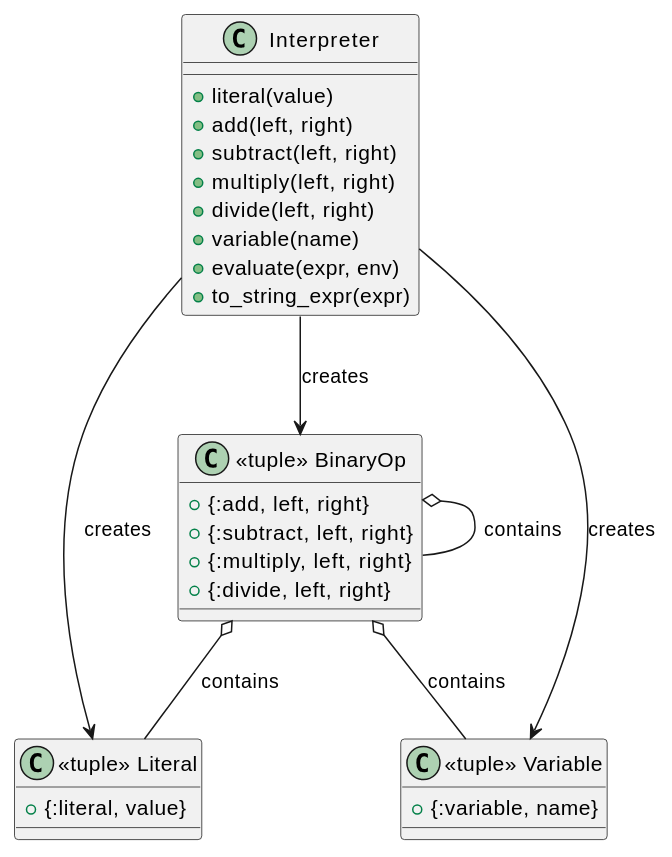
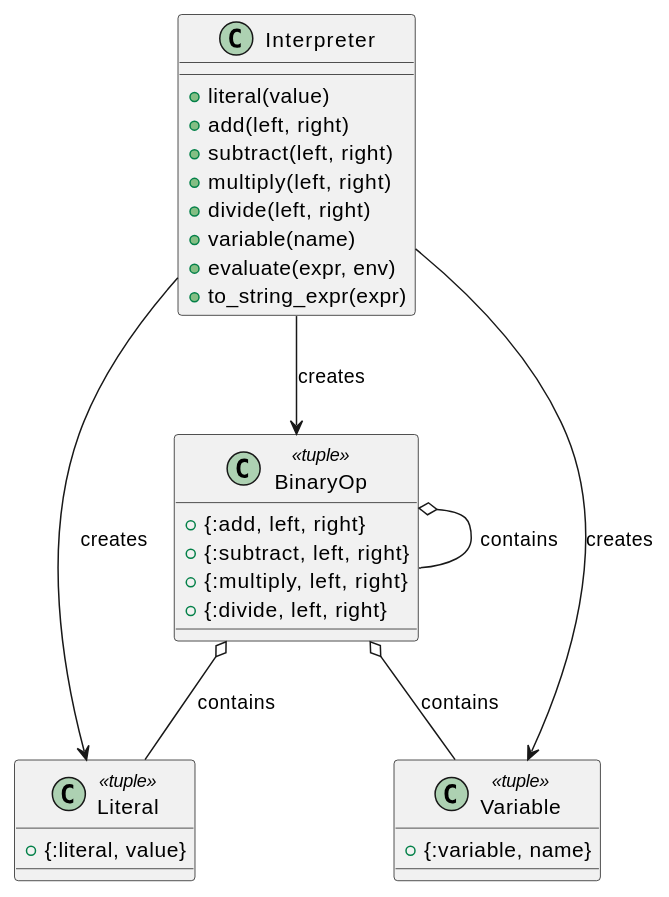
Before and after one commit to k2works/getting-started-design-pattern: the diagram in docs/article/elixir/16-interpreter.md, drawn with PlantUML. The commit also changed 73 other files, not shown here.

Commit message:
docs(article): PlantUML 表記と記事ナビゲーションを整理

````diff
--- a/docs/article/elixir/16-interpreter.md
+++ b/docs/article/elixir/16-interpreter.md
@@ -9,36 +9,36 @@
 ```plantuml
 @startuml
 class "Interpreter" as I {
   + literal(value)
   + add(left, right)
   + subtract(left, right)
   + multiply(left, right)
   + divide(left, right)
   + variable(name)
   + evaluate(expr, env)
   + to_string_expr(expr)
 }
 
-class "<<tuple>> Literal" as L {
+class "Literal" as L <<tuple>> {
   + {:literal, value}
 }
 
-class "<<tuple>> BinaryOp" as B {
+class "BinaryOp" as B <<tuple>> {
   + {:add, left, right}
   + {:subtract, left, right}
   + {:multiply, left, right}
   + {:divide, left, right}
 }
 
-class "<<tuple>> Variable" as V {
+class "Variable" as V <<tuple>> {
   + {:variable, name}
 }
 
 I --> L : creates
 I --> B : creates
 I --> V : creates
 B o-- L : contains
 B o-- B : contains
 B o-- V : contains
 @enduml
 ```
````
